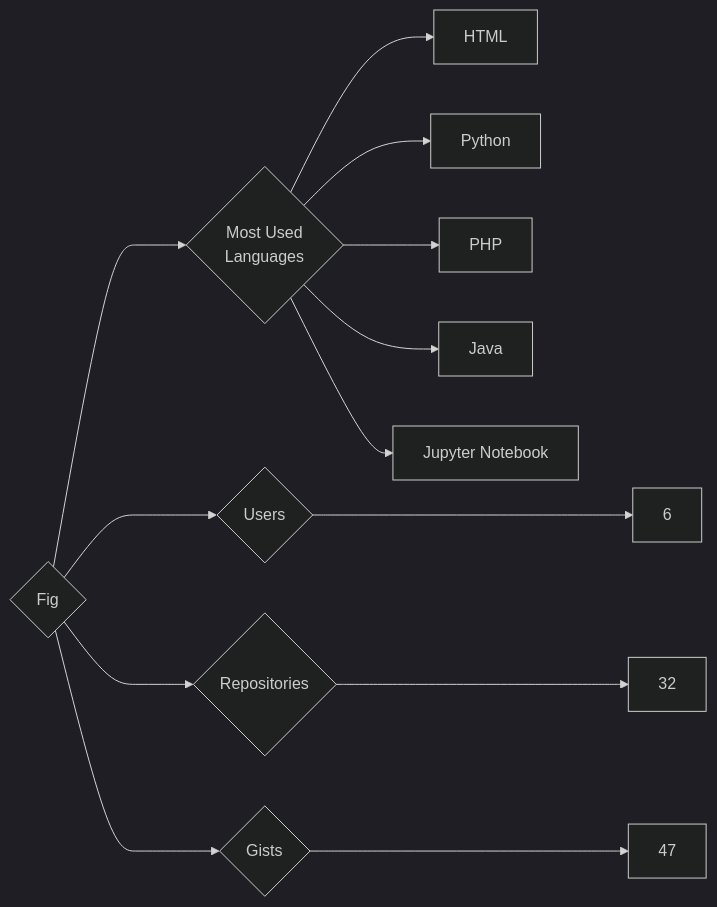
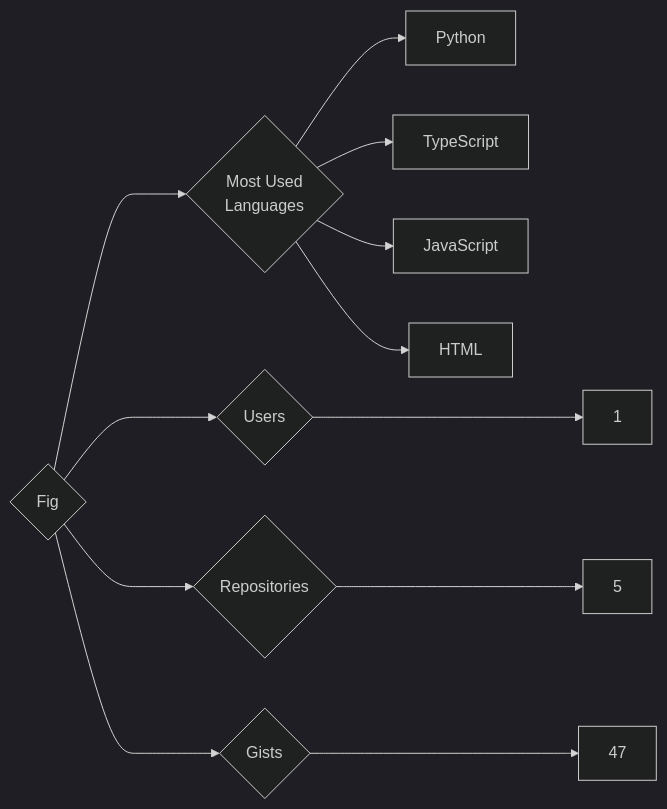
One commit to trickest/insiders changed the diagram in targets/Fig/README.md. Above: the diagram before and after it, drawn with Mermaid (dark theme). The commit also changed 636 other files, not shown here.

````diff
--- a/targets/Fig/README.md
+++ b/targets/Fig/README.md
@@ -3,13 +3,12 @@
 ```mermaid
 graph LR
 COMPANY_NAME{Fig}
-COMPANY_NAME ---> U{Users} ---> UN[6]
-COMPANY_NAME ---> R{Repositories} ---> RN[32]
+COMPANY_NAME ---> U{Users} ---> UN[1]
+COMPANY_NAME ---> R{Repositories} ---> RN[5]
 COMPANY_NAME ---> G{Gists} ---> GN[47]
 COMPANY_NAME ---> ML{Most Used<br>Languages}
+ML --> Python[Python]
+ML --> TypeScript[TypeScript]
+ML --> JavaScript[JavaScript]
 ML --> HTML[HTML]
-ML --> Python[Python]
-ML --> PHP[PHP]
-ML --> Java[Java]
-ML --> Jupyter_Notebook[Jupyter Notebook]
 ```
````
